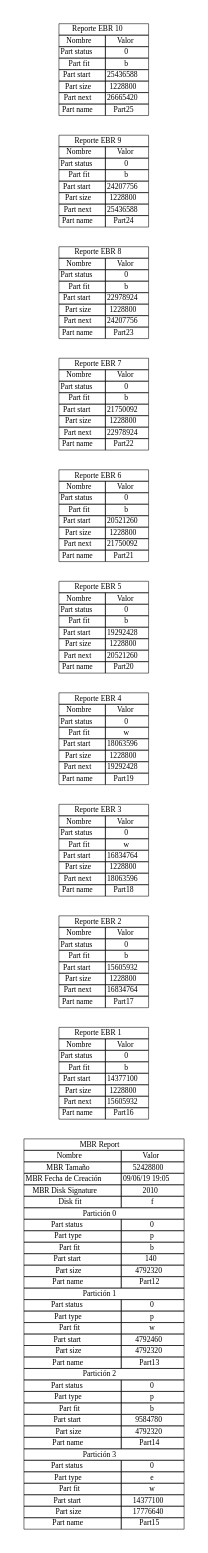
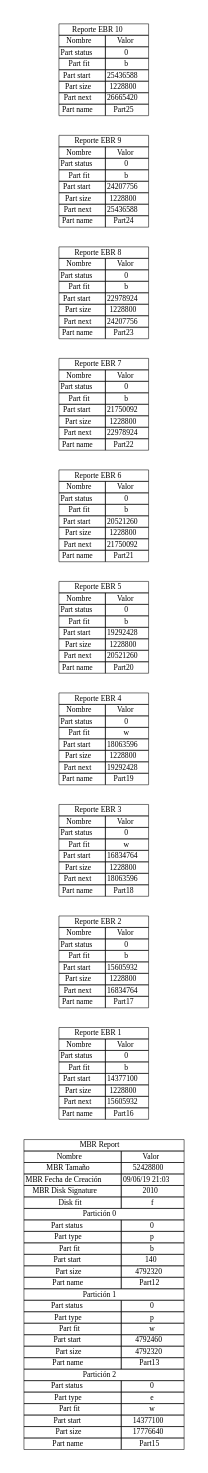
Before and after one commit to MacoChave/DiskParted: the diagram in mbr_report.dot, drawn with Graphviz. The commit also changed 5 other files, not shown here.

```diff
--- a/mbr_report.dot
+++ b/mbr_report.dot
@@ -17,7 +17,7 @@
 			</tr>
 			<tr>
 				<td>MBR Fecha de Creación</td>
-				<td>09/06/19 19:05</td>
+				<td>09/06/19 21:03</td>
 			</tr>
 			<tr>
 				<td>MBR Disk Signature</td>
@@ -83,33 +83,6 @@
 			</tr>
 			<tr>
 				<td colspan="2">Partición 2</td>
-			</tr>
-			<tr>
-				<td>Part status</td>
-				<td>0</td>
-			</tr>
-			<tr>
-				<td>Part type</td>
-				<td>p</td>
-			</tr>
-			<tr>
-				<td>Part fit</td>
-				<td>b</td>
-			</tr>
-			<tr>
-				<td>Part start</td>
-				<td>9584780</td>
-			</tr>
-			<tr>
-				<td>Part size</td>
-				<td>4792320</td>
-			</tr>
-			<tr>
-				<td>Part name</td>
-				<td>Part14</td>
-			</tr>
-			<tr>
-				<td colspan="2">Partición 3</td>
 			</tr>
 			<tr>
 				<td>Part status</td>
```
